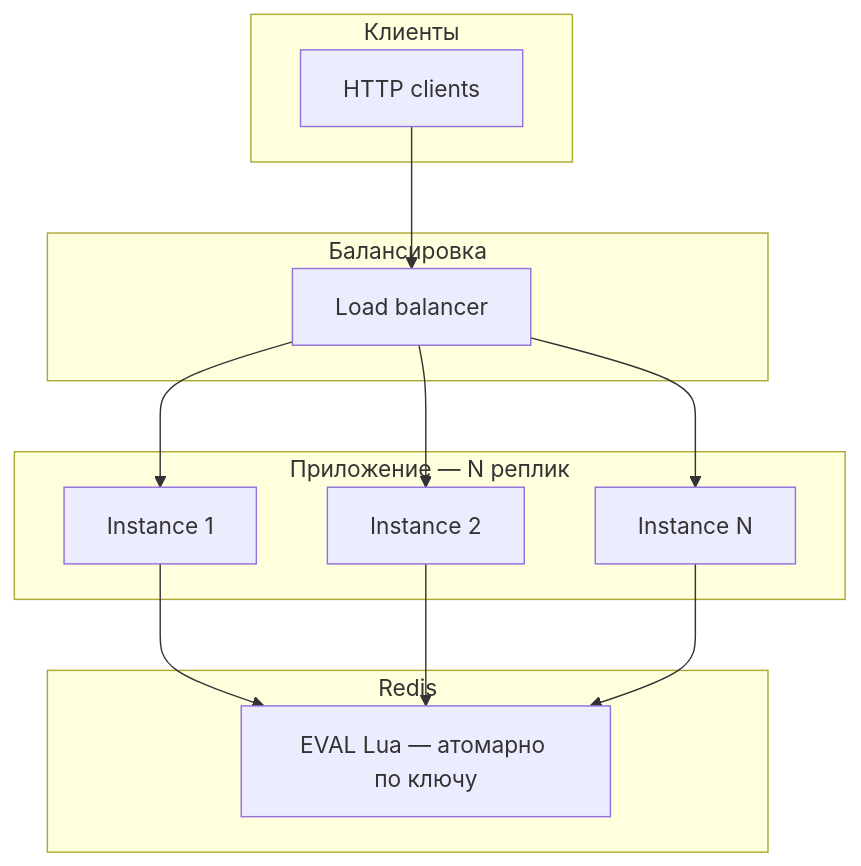
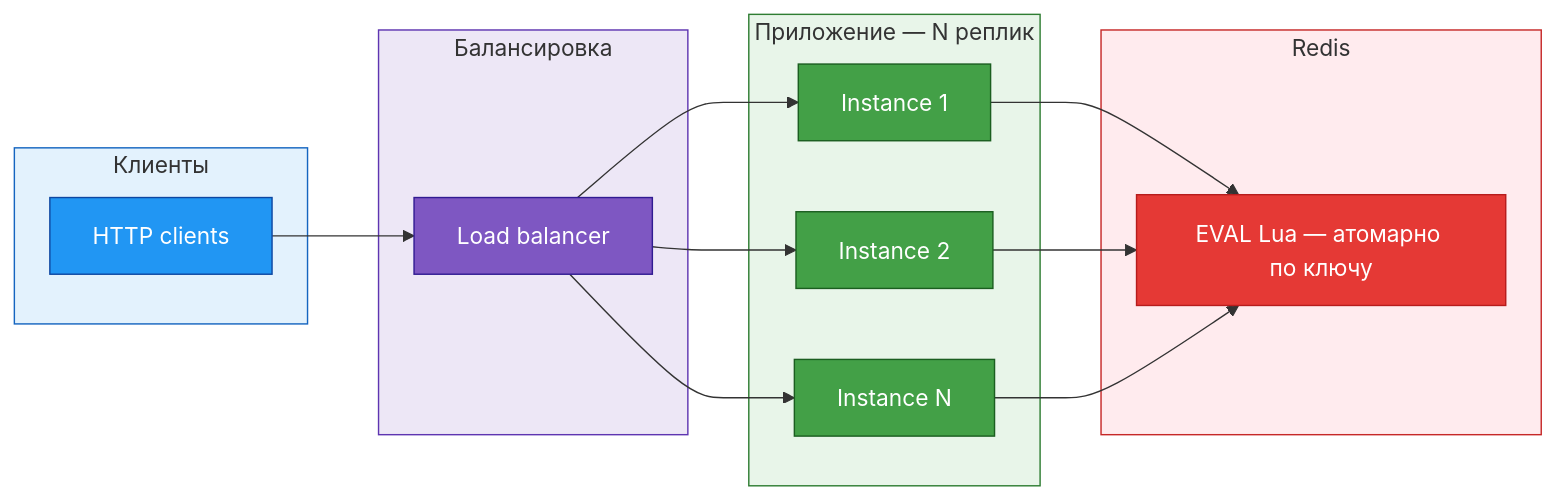
One commit to MTDpo/Rate_limiter changed the diagram in README.md. Above: the diagram before and after it, drawn with Mermaid. The commit also changed other lines of this file, not shown here.

Commit message:
docs(readme): схема LR с цветами; без Go Reference; описание RATE_LIMIT_KEYS
Made-with: Cursor

````diff
--- a/README.md
+++ b/README.md
@@ -13,24 +12,35 @@
 ```mermaid
-flowchart TB
+flowchart LR
   subgraph clients[Клиенты]
     C[HTTP clients]
   end
   subgraph edge[Балансировка]
     LB[Load balancer]
   end
   subgraph app[Приложение — N реплик]
     I1[Instance 1]
     I2[Instance 2]
     In[Instance N]
   end
   subgraph redis[Redis]
     L[EVAL Lua — атомарно по ключу]
   end
   C --> LB
   LB --> I1
   LB --> I2
   LB --> In
   I1 --> L
   I2 --> L
   In --> L
+
+  style clients fill:#e3f2fd,stroke:#1565c0
+  style edge fill:#ede7f6,stroke:#5e35b1
+  style app fill:#e8f5e9,stroke:#2e7d32
+  style redis fill:#ffebee,stroke:#c62828
+  style C fill:#2196f3,stroke:#0d47a1,color:#fff
+  style LB fill:#7e57c2,stroke:#311b92,color:#fff
+  style I1 fill:#43a047,stroke:#1b5e20,color:#fff
+  style I2 fill:#43a047,stroke:#1b5e20,color:#fff
+  style In fill:#43a047,stroke:#1b5e20,color:#fff
+  style L fill:#e53935,stroke:#b71c1c,color:#fff
 ```
````
